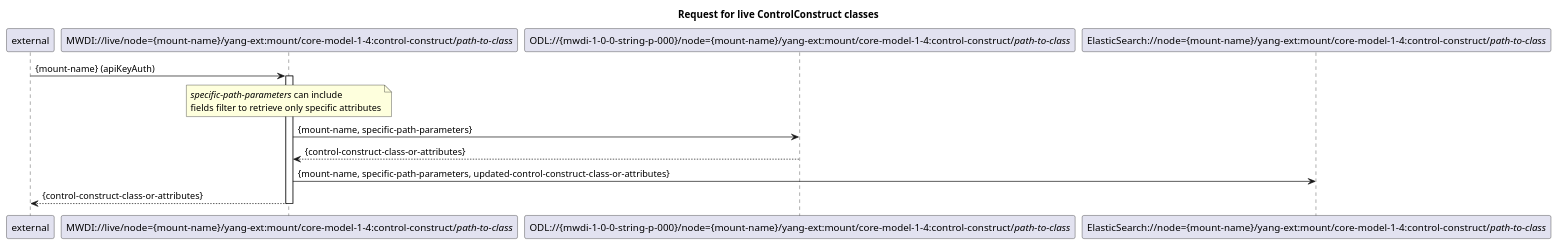
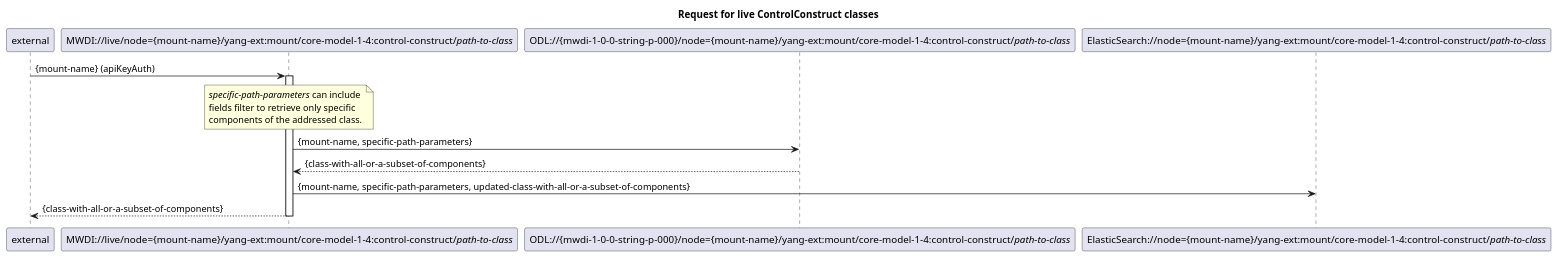
The diagram in spec/diagrams/510_LiveRessourcePath.plantuml (openBackhaul/MicroWaveDeviceInventory), drawn with PlantUML before and after one commit. The commit also changed 1 other file, not shown here.

Commit message:
Change 2 small comments in diagrams

```diff
--- a/spec/diagrams/510_LiveRessourcePath.plantuml
+++ b/spec/diagrams/510_LiveRessourcePath.plantuml
@@ -1,23 +1,23 @@
 @startuml 510_LiveRessourcePath
 skinparam responseMessageBelowArrow true
 
 title Request for live ControlConstruct classes
 
 participant "external" as requestor
 participant "MWDI://live/node={mount-name}/yang-ext:mount/core-model-1-4:control-construct/<i>path-to-class</i>" as LiveControlConstructClass
 participant "ODL://{mwdi-1-0-0-string-p-000}/node={mount-name}/yang-ext:mount/core-model-1-4:control-construct/<i>path-to-class</i>" as OdlControlConstructClass
 participant "ElasticSearch://node={mount-name}/yang-ext:mount/core-model-1-4:control-construct/<i>path-to-class</i>" as EsControlConstructClass
 
 requestor -> LiveControlConstructClass: {mount-name} (apiKeyAuth)
 activate LiveControlConstructClass
 
-note over LiveControlConstructClass: <i>specific-path-parameters</i> can include \nfields filter to retrieve only specific attributes
+note over LiveControlConstructClass: <i>specific-path-parameters</i> can include \nfields filter to retrieve only specific \ncomponents of the addressed class.
 LiveControlConstructClass -> OdlControlConstructClass: {mount-name, specific-path-parameters}
-OdlControlConstructClass --> LiveControlConstructClass: {control-construct-class-or-attributes}
+OdlControlConstructClass --> LiveControlConstructClass: {class-with-all-or-a-subset-of-components}
 
-LiveControlConstructClass -> EsControlConstructClass: {mount-name, specific-path-parameters, updated-control-construct-class-or-attributes}
+LiveControlConstructClass -> EsControlConstructClass: {mount-name, specific-path-parameters, updated-class-with-all-or-a-subset-of-components}
 
-LiveControlConstructClass --> requestor: {control-construct-class-or-attributes}
+LiveControlConstructClass --> requestor: {class-with-all-or-a-subset-of-components}
 deactivate LiveControlConstructClass
 
 @enduml
```
